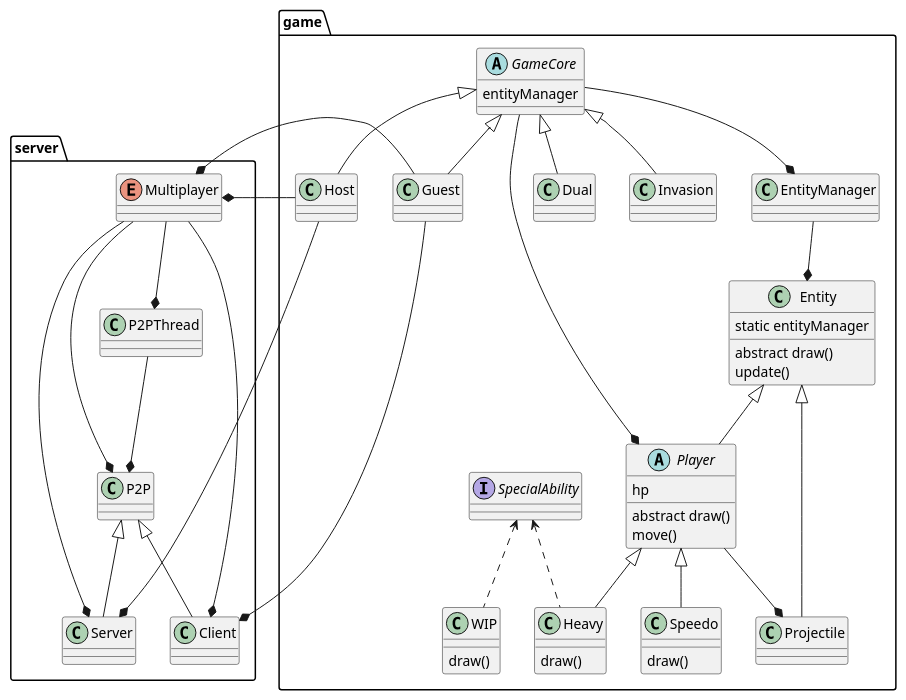
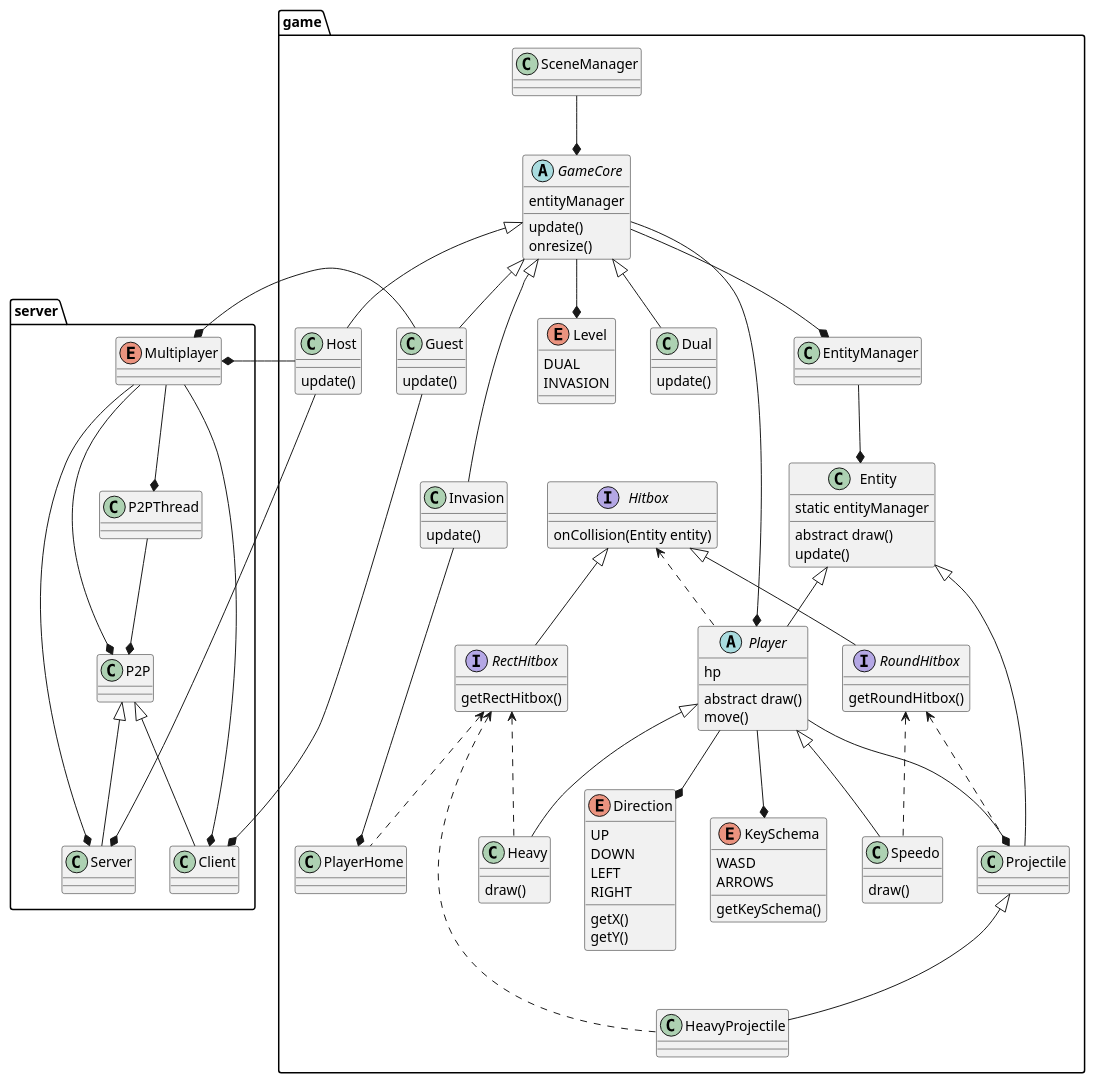
Before and after one commit to kaller01/DemoGameJavaFX: the diagram in uml.wsd, drawn with PlantUML. The commit also changed 15 other files, not shown here.

```diff
--- a/uml.wsd
+++ b/uml.wsd
@@ -1,86 +1,141 @@
 @startuml
 
 Package game{
 
 
+class SceneManager
 
 class Entity{
     static entityManager
 
     abstract draw()
     update()
 }
 
-interface SpecialAbility
 
 abstract class Player{
     hp
     abstract draw()
     move()
 }
 
 class Heavy{
     draw()
 }
 class Speedo{
     draw()
 }
-class WIP{
-    draw()
+
+class PlayerHome
+class HeavyProjectile
+
+Enum Level {
+    DUAL
+    INVASION
 }
 
-Heavy .u.> SpecialAbility
-WIP .u.> SpecialAbility
+Interface Hitbox {
+    onCollision(Entity entity)
+}
+Interface RectHitbox {
+    getRectHitbox()
+}
+Interface RoundHitbox {
+    getRoundHitbox()
+}
+
+Enum Direction {
+    UP
+    DOWN
+    LEFT
+    RIGHT
+    getX()
+    getY()
+}
+
+Enum KeySchema {
+    WASD
+    ARROWS
+    getKeySchema()
+}
+
+RectHitbox -u-|> Hitbox
+RoundHitbox -u-|> Hitbox
+
+Player .u.> Hitbox
+Heavy .u.> RectHitbox
+Speedo .u.> RoundHitbox
+Projectile .u.> RoundHitbox
+PlayerHome .u.> RectHitbox
+HeavyProjectile .u.> RectHitbox
 
 Player -u-|> Entity
 Heavy -u-|> Player
 Speedo -u-|> Player
 Projectile -u-|> Entity
+HeavyProjectile -u-|> Projectile
+
+Player -d-* KeySchema
+Player -d-* Direction
+
+SceneManager -d-* GameCore
 
 abstract class GameCore {
     entityManager
+    update()
+    onresize()
 }
-class Dual
-class Host
-class Guest
-class Invasion
+class Dual {
+    update()
+}
+class Host {
+    update()
+}
+class Guest{
+    update()
+}
+class Invasion{
+    update()
+}
 
 Dual -u-|> GameCore
 Invasion -u-|> GameCore
 Host -u-|> GameCore
 Guest -u-|> GameCore
-Player --* Projectile
+Player -d-* Projectile
 
-GameCore --* Player
+GameCore -d-* Player
+Invasion -d-* PlayerHome
+GameCore -d-* Level
 
 class EntityManager
 
-EntityManager --* Entity
-GameCore --* EntityManager
+EntityManager -d-* Entity
+GameCore -d-* EntityManager
 
 
 }
 
 
 
 
 package server{
 class P2P
 class Server
 class Client
 class P2PThread
 enum Multiplayer
 Server -u-|> P2P
 Client -u-|> P2P
 P2PThread --* P2P
 Multiplayer --* P2PThread
 Multiplayer --* P2P
 Multiplayer --* Server
 Multiplayer --* Client
 Host -l-* Multiplayer
 Guest -l-* Multiplayer
 Host --* Server
 Guest --* Client
 }
 
 @enduml
```
